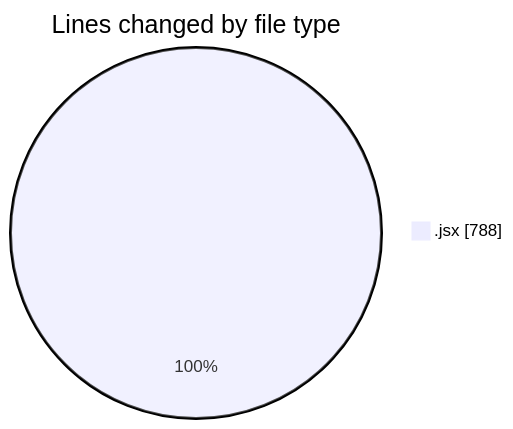
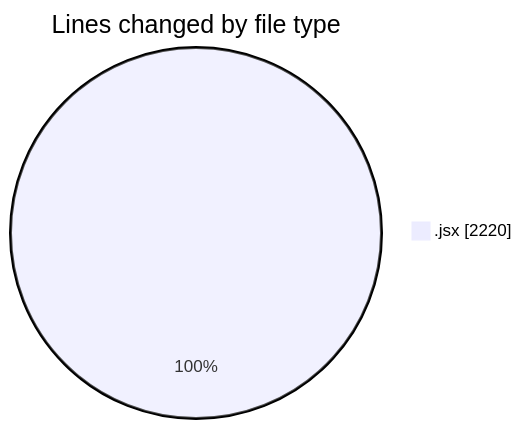
One commit to nxtqubesakshisongat/code-tracking changed the first of 2 diagrams in 2025-06-02/nxtqube_webapp/README.md. Above: the diagram before and after it, drawn with Mermaid. The commit also changed other lines of this file and 1 other file, not shown here.

````diff
--- a/2025-06-02/nxtqube_webapp/README.md
+++ b/2025-06-02/nxtqube_webapp/README.md
@@ -20,5 +20,5 @@
 ```mermaid
 pie showData
 title Lines changed by file type
-".jsx" : 788
+".jsx" : 2220
 ```
````
